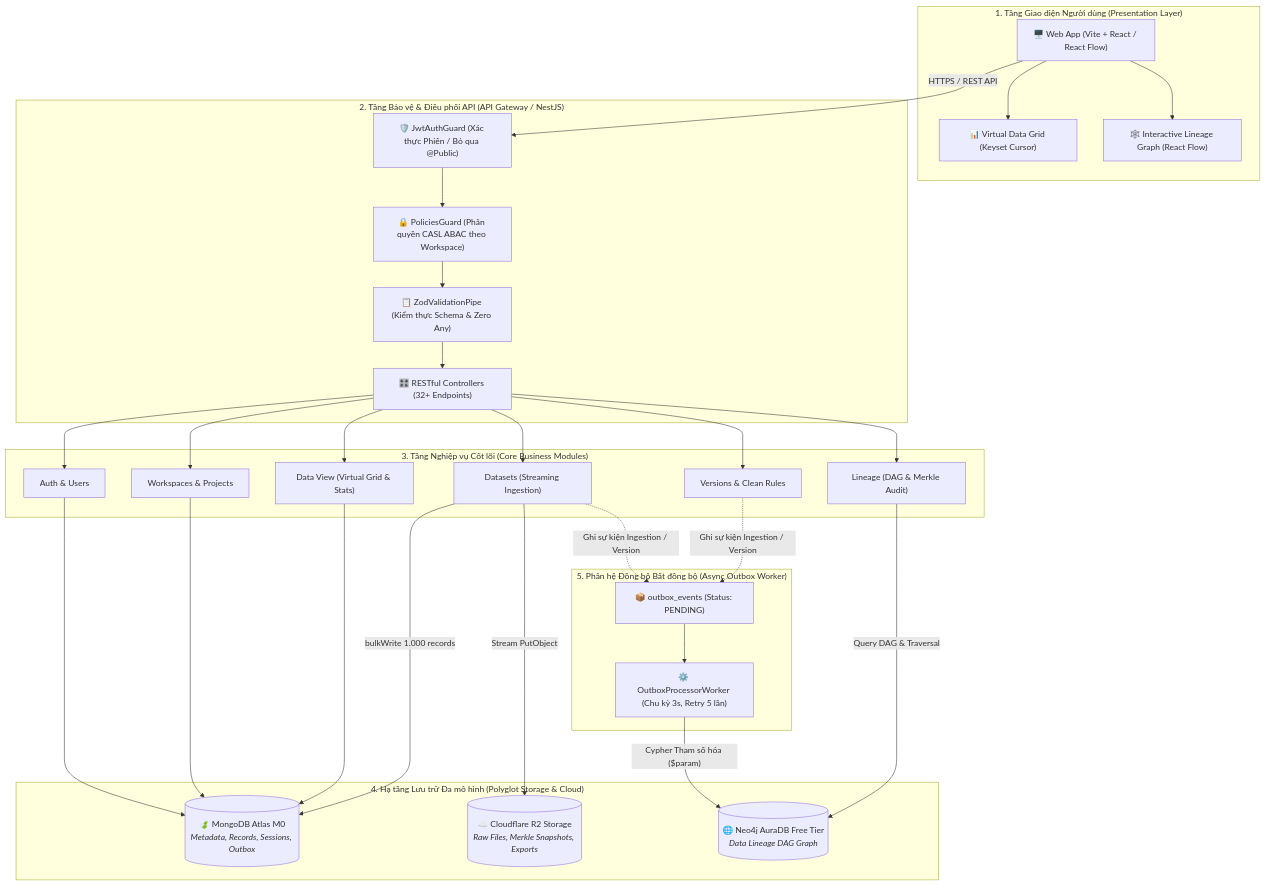
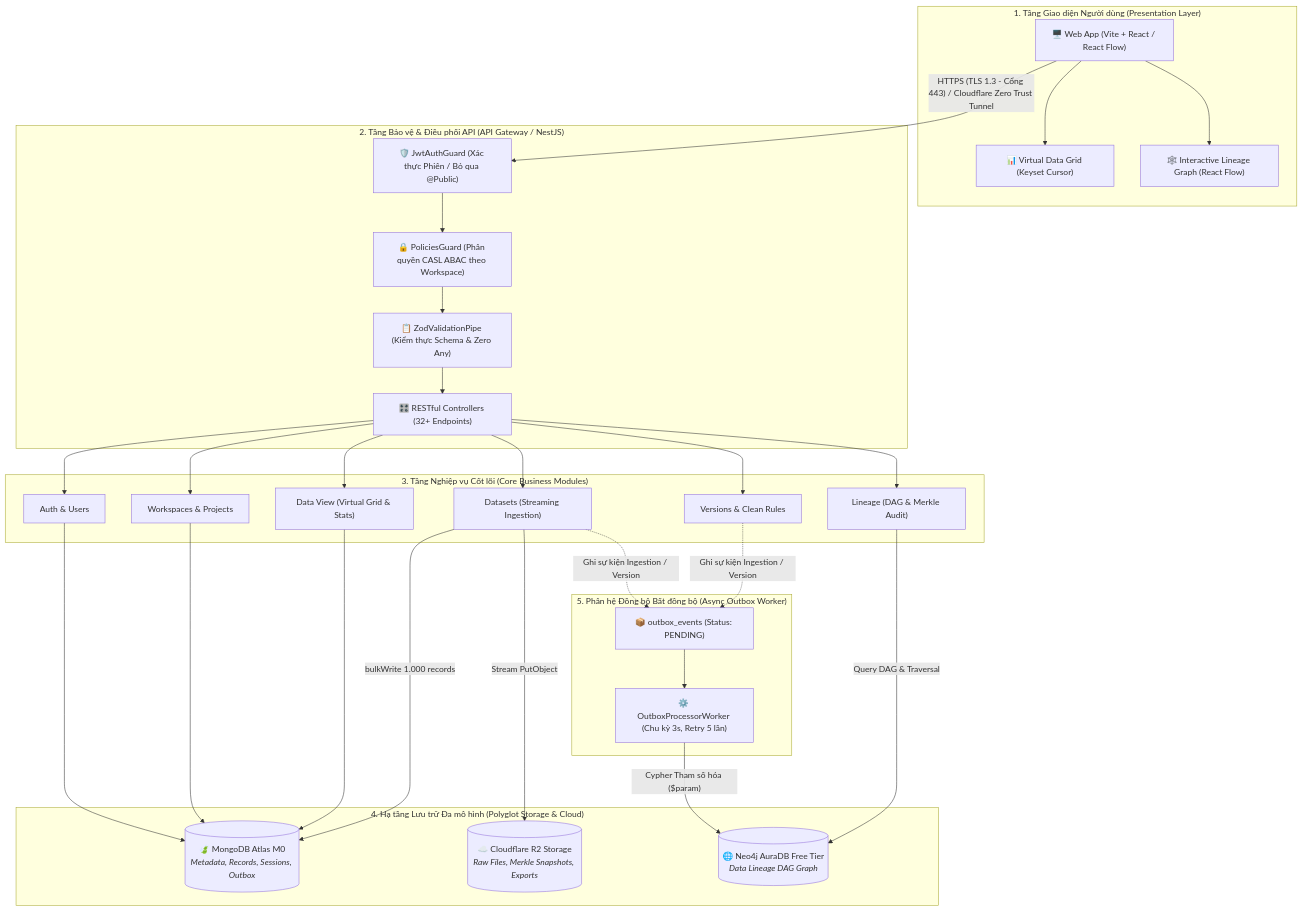
One commit to tieneshoabeai/AI-systems-support-detecting-and-handling-data-quality-issues changed the diagram in README.md. Above: the diagram before and after it, drawn with Mermaid. The commit also changed other lines of this file and 16 other files, not shown here.

Commit message:
feat: integrate cloudflare tls 1.3 tunnel and align logging with sgod standard

````diff
--- a/README.md
+++ b/README.md
@@ -32,48 +33,48 @@
 ```mermaid
 graph TD
     subgraph ClientLayer ["1. Tầng Giao diện Người dùng (Presentation Layer)"]
         UI["🖥️ Web App (Vite + React / React Flow)"]
         Grid["📊 Virtual Data Grid (Keyset Cursor)"]
         DAG["🕸️ Interactive Lineage Graph (React Flow)"]
         UI --> Grid & DAG
     end
 
     subgraph GatewayLayer ["2. Tầng Bảo vệ & Điều phối API (API Gateway / NestJS)"]
         JWT["🛡️ JwtAuthGuard (Xác thực Phiên / Bỏ qua @Public)"]
         CASL["🔒 PoliciesGuard (Phân quyền CASL ABAC theo Workspace)"]
         ZOD["📋 ZodValidationPipe (Kiểm thực Schema & Zero Any)"]
         CTRL["🎛️ RESTful Controllers (32+ Endpoints)"]
         
-        UI -->|"HTTPS / REST API"| JWT
+        UI -->|"HTTPS (TLS 1.3 - Cổng 443) / Cloudflare Zero Trust Tunnel"| JWT
         JWT --> CASL --> ZOD --> CTRL
     end
 
     subgraph ServiceLayer ["3. Tầng Nghiệp vụ Cốt lõi (Core Business Modules)"]
         CTRL --> M_Auth["Auth & Users"]
         CTRL --> M_WS["Workspaces & Projects"]
         CTRL --> M_DS["Datasets (Streaming Ingestion)"]
         CTRL --> M_DV["Data View (Virtual Grid & Stats)"]
         CTRL --> M_LN["Lineage (DAG & Merkle Audit)"]
         CTRL --> M_VR["Versions & Clean Rules"]
     end
 
     subgraph StorageLayer ["4. Hạ tầng Lưu trữ Đa mô hình (Polyglot Storage & Cloud)"]
         Mongo[("🍃 MongoDB Atlas M0<br/><i>Metadata, Records, Sessions, Outbox</i>")]
         R2[("☁️ Cloudflare R2 Storage<br/><i>Raw Files, Merkle Snapshots, Exports</i>")]
         Aura[("🌐 Neo4j AuraDB Free Tier<br/><i>Data Lineage DAG Graph</i>")]
     end
 
     subgraph AsyncWorker ["5. Phân hệ Đồng bộ Bất đồng bộ (Async Outbox Worker)"]
         OutboxQueue["📦 outbox_events (Status: PENDING)"]
         Worker["⚙️ OutboxProcessorWorker (Chu kỳ 3s, Retry 5 lần)"]
         
         M_DS & M_VR -.->|"Ghi sự kiện Ingestion / Version"| OutboxQueue
         OutboxQueue --> Worker
         Worker -->|"Cypher Tham số hóa ($param)"| Aura
     end
 
     M_Auth & M_WS & M_DV --> Mongo
     M_DS -->|"Stream PutObject"| R2
     M_DS -->|"bulkWrite 1.000 records"| Mongo
     M_LN -->|"Query DAG & Traversal"| Aura
 ```
````
